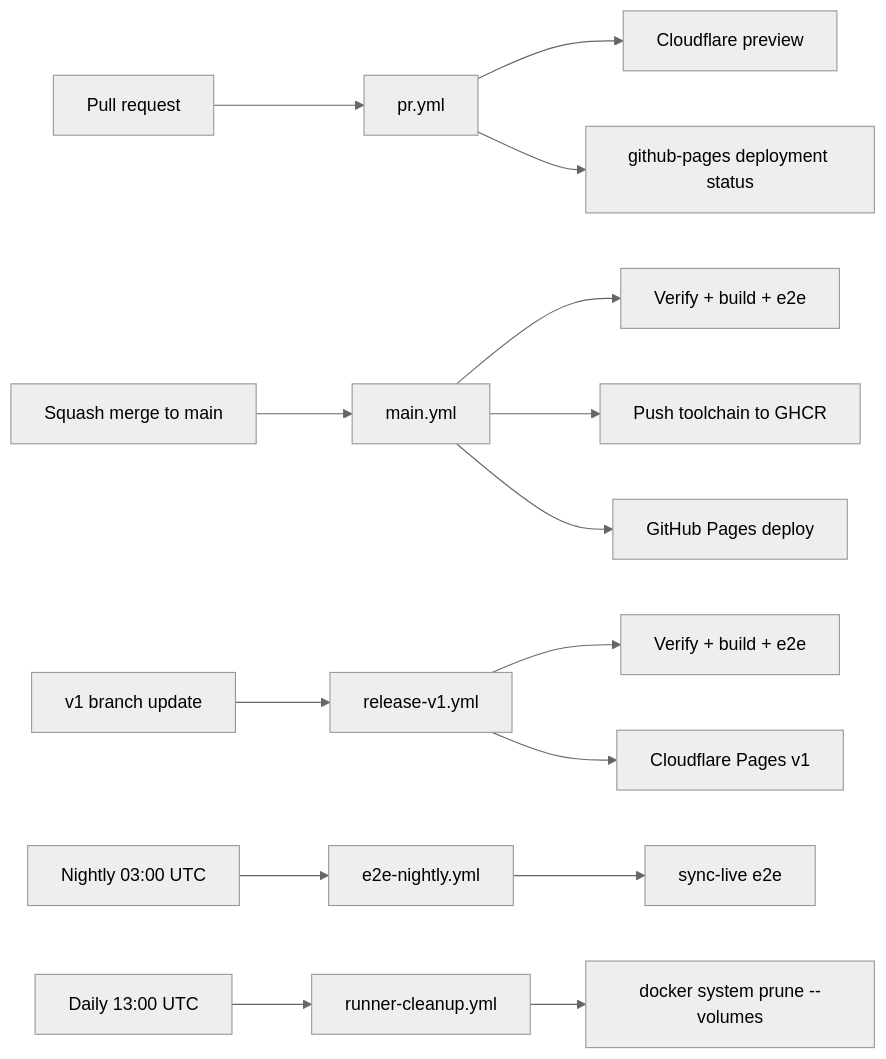
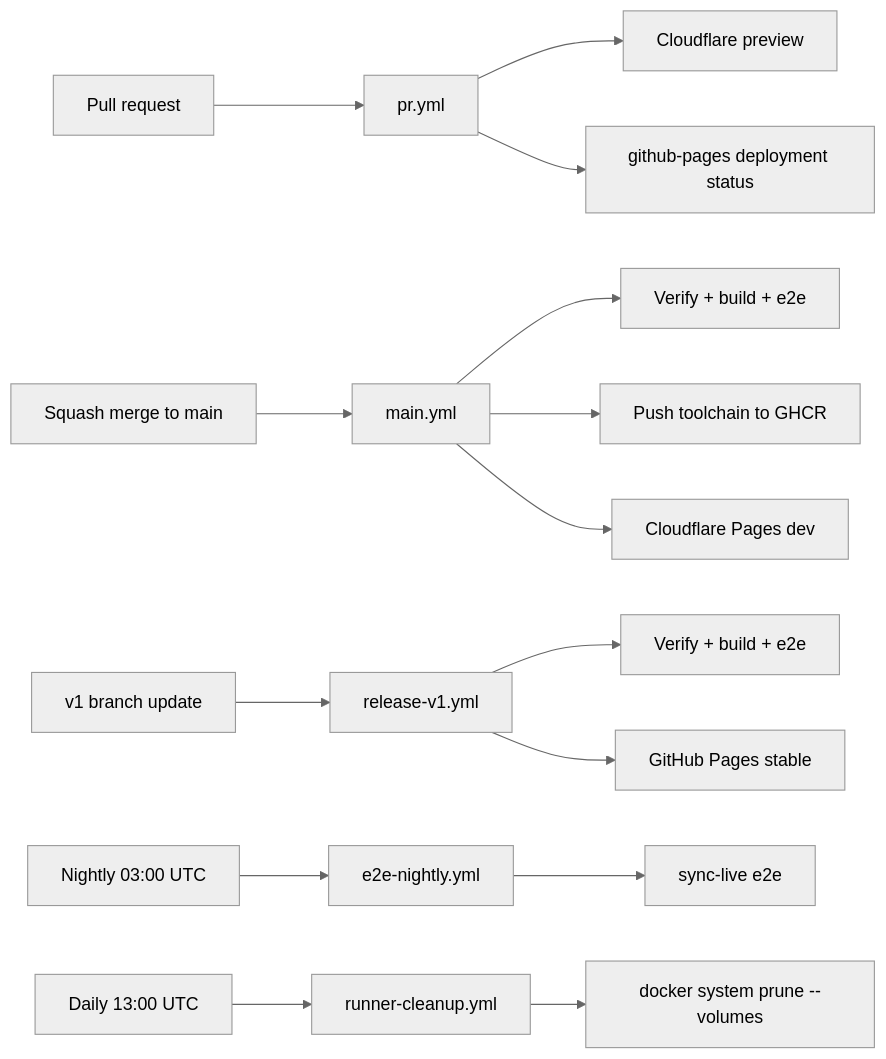
One commit to meta-secret/nook changed the diagram in .cortex/workflows/ci-pipeline.md. Above: the diagram before and after it, drawn with Mermaid (neutral theme). The commit also changed other lines of this file and 12 other files, not shown here.

Commit message:
Make nokey.sh stable and dev host current main

````diff
--- a/.cortex/workflows/ci-pipeline.md
+++ b/.cortex/workflows/ci-pipeline.md
@@ -16,21 +16,21 @@
 ```mermaid
 flowchart LR
   PR[Pull request] --> pr_yml[pr.yml]
   pr_yml --> preview[Cloudflare preview]
   pr_yml --> pr_deployment[github-pages deployment status]
 
   merge[Squash merge to main] --> main_yml[main.yml]
   main_yml --> main_verify[Verify + build + e2e]
   main_yml --> toolchain_push[Push toolchain to GHCR]
-  main_yml --> pages[GitHub Pages deploy]
+  main_yml --> cf_dev[Cloudflare Pages dev]
 
   release[v1 branch update] --> release_yml[release-v1.yml]
   release_yml --> release_verify[Verify + build + e2e]
-  release_yml --> cf_v1[Cloudflare Pages v1]
+  release_yml --> pages[GitHub Pages stable]
 
   cron[Nightly 03:00 UTC] --> nightly[e2e-nightly.yml]
   nightly --> e2e_live[sync-live e2e]
 
   cleanup_cron[Daily 13:00 UTC] --> cleanup[runner-cleanup.yml]
   cleanup --> docker_prune["docker system prune --volumes"]
 ```
````
